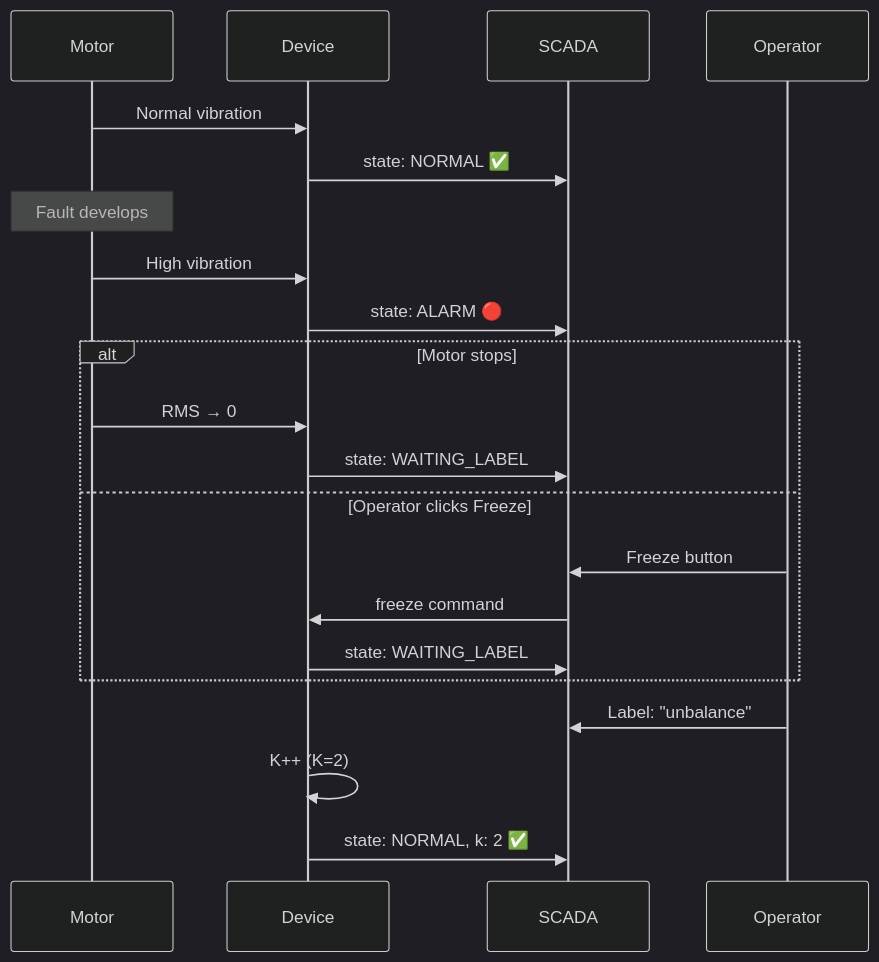
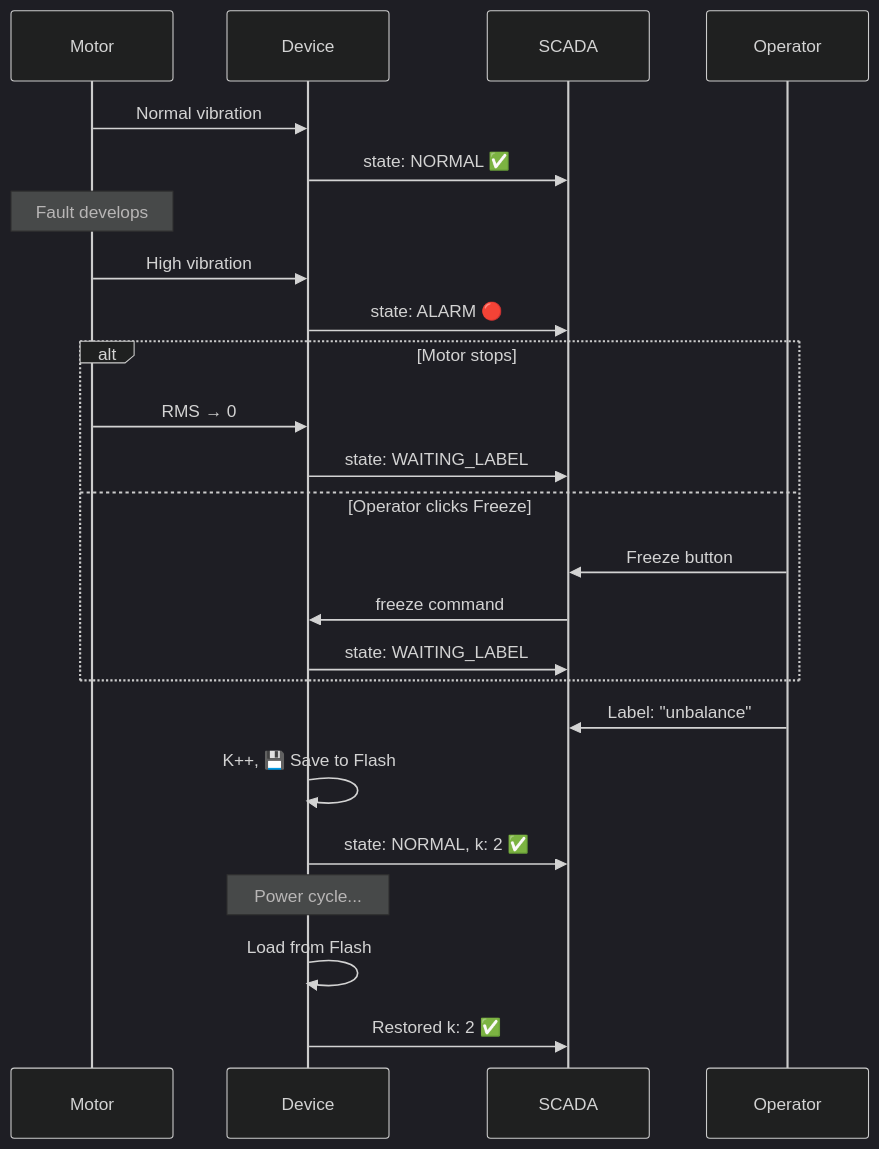
The eighth of 8 diagrams in slidev/slides.md (leekaize/tinyol-hitl), drawn with Mermaid (dark theme) before and after one commit. The commit also changed other lines of this file and 7 other files, not shown here.

````diff
--- a/slidev/slides.md
+++ b/slidev/slides.md
@@ -398,27 +449,31 @@
 ```mermaid
 sequenceDiagram
     participant M as Motor
     participant D as Device
     participant S as SCADA
     participant O as Operator
 
     M->>D: Normal vibration
     D->>S: state: NORMAL ✅
 
     Note over M: Fault develops
     M->>D: High vibration
     D->>S: state: ALARM 🔴
 
     alt Motor stops
         M->>D: RMS → 0
         D->>S: state: WAITING_LABEL
     else Operator clicks Freeze
         O->>S: Freeze button
         S->>D: freeze command
         D->>S: state: WAITING_LABEL
     end
 
     O->>S: Label: "unbalance"
-    D->>D: K++ (K=2)
+    D->>D: K++, 💾 Save to Flash
     D->>S: state: NORMAL, k: 2 ✅
+
+    Note over D: Power cycle...
+    D->>D: Load from Flash
+    D->>S: Restored k: 2 ✅
 ```
````
